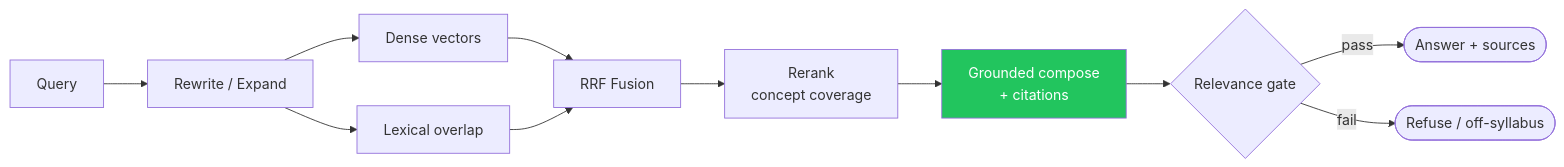
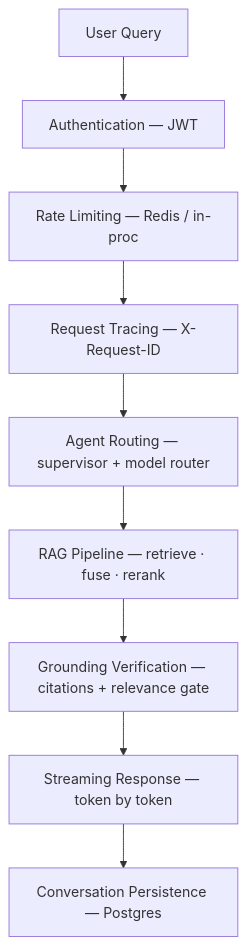
The second of 4 diagrams in README.md (Vishal-AI-ML/upsc-agentic-ai), drawn with Mermaid before and after one commit. The commit also changed other lines of this file and 62 other files, not shown here.

````diff
--- a/README.md
+++ b/README.md
@@ -233,14 +85,11 @@
 ```mermaid
-flowchart LR
-    A[Query] --> B[Rewrite / Expand]
-    B --> C[Dense vectors]
-    B --> D[Lexical overlap]
-    C --> E[RRF Fusion]
-    D --> E
-    E --> F[Rerank<br/>concept coverage]
-    F --> G[Grounded compose<br/>+ citations]
-    G --> H{Relevance gate}
-    H -->|pass| I([Answer + sources])
-    H -->|fail| J([Refuse / off-syllabus])
-    style G fill:#22C55E,color:#fff
+flowchart TD
+    A[User Query] --> B[Authentication — JWT]
+    B --> C[Rate Limiting — Redis / in-proc]
+    C --> D[Request Tracing — X-Request-ID]
+    D --> E[Agent Routing — supervisor + model router]
+    E --> F[RAG Pipeline — retrieve · fuse · rerank]
+    F --> G[Grounding Verification — citations + relevance gate]
+    G --> H[Streaming Response — token by token]
+    H --> I[Conversation Persistence — Postgres]
 ```
````
